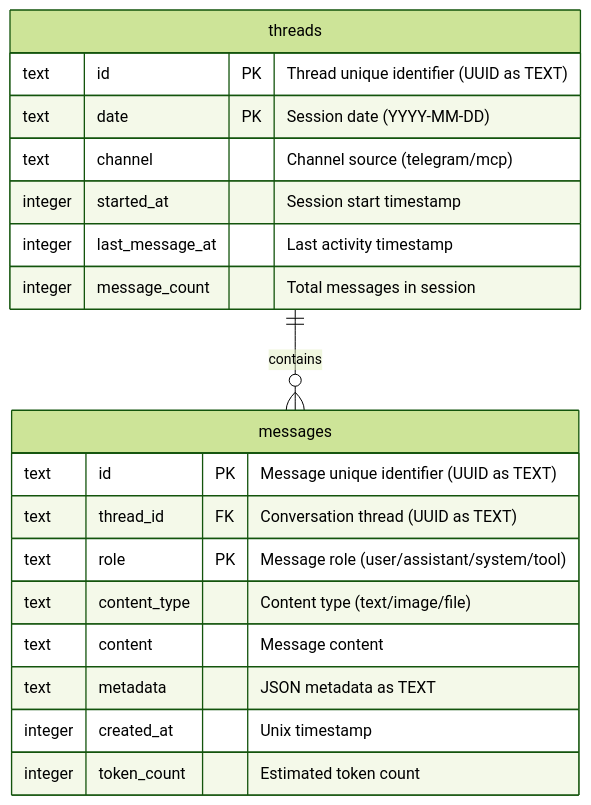
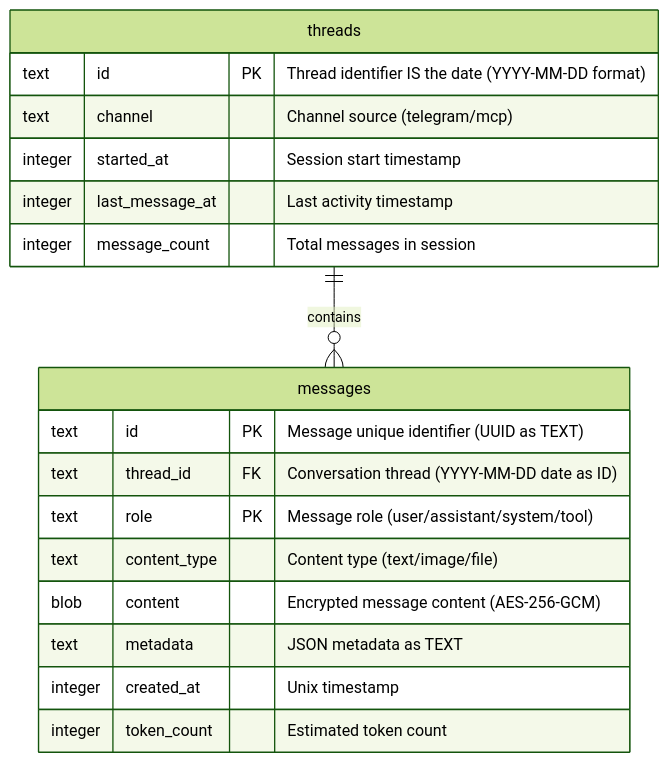
The second of 5 diagrams in TechSpec.md (openkraken-ai/openkraken), drawn with Mermaid (forest theme) before and after one commit. The commit also changed other lines of this file and 2 other files, not shown here.

````diff
--- a/TechSpec.md
+++ b/TechSpec.md
@@ -239,24 +242,23 @@
 ```mermaid
 erDiagram
     messages {
         text id PK "Message unique identifier (UUID as TEXT)"
-        text thread_id FK "Conversation thread (UUID as TEXT)"
+        text thread_id FK "Conversation thread (YYYY-MM-DD date as ID)"
         text role PK "Message role (user/assistant/system/tool)"
         text content_type "Content type (text/image/file)"
-        text content "Message content"
+        blob content "Encrypted message content (AES-256-GCM)"
         text metadata "JSON metadata as TEXT"
         integer created_at "Unix timestamp"
         integer token_count "Estimated token count"
     }
     
     threads {
-        text id PK "Thread unique identifier (UUID as TEXT)"
-        text date PK "Session date (YYYY-MM-DD)"
+        text id PK "Thread identifier IS the date (YYYY-MM-DD format)"
         text channel "Channel source (telegram/mcp)"
         integer started_at "Session start timestamp"
         integer last_message_at "Last activity timestamp"
         integer message_count "Total messages in session"
     }
     
     threads ||--o{ messages : "contains"
 ```
````
